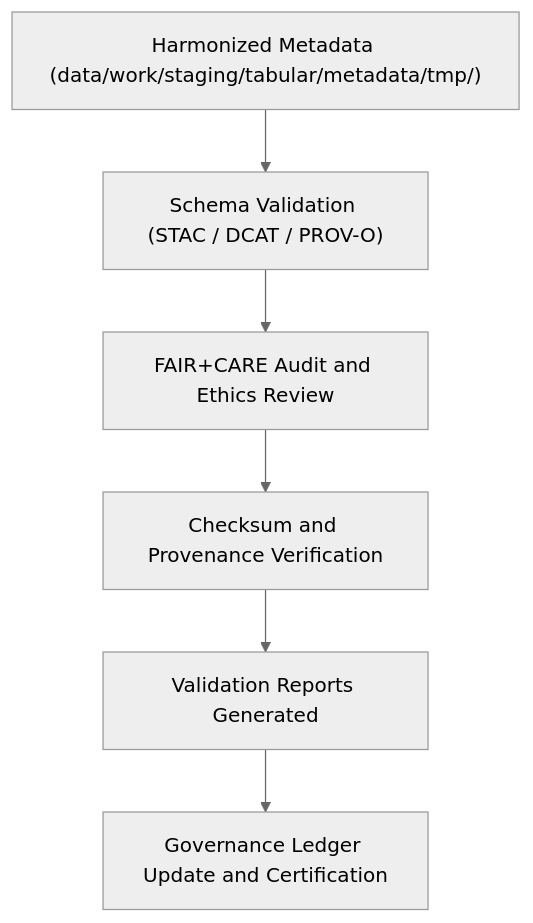
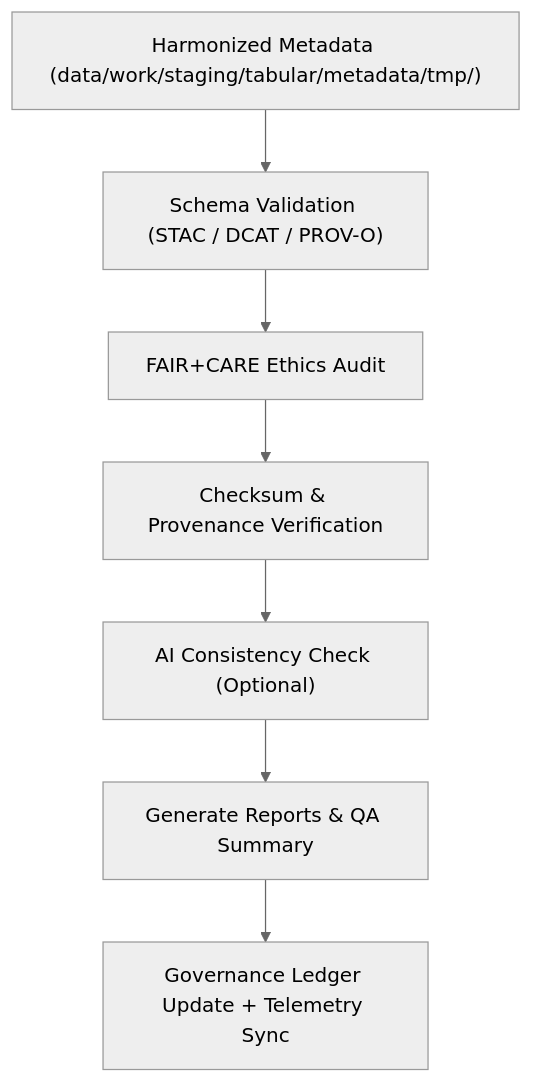
One commit to bartytime4life/Kansas-Frontier-Matrix changed the diagram in data/work/staging/tabular/metadata/validation/README.md. Above: the diagram before and after it, drawn with Mermaid (neutral theme). The commit also changed other lines of this file, not shown here.

````diff
--- a/data/work/staging/tabular/metadata/validation/README.md
+++ b/data/work/staging/tabular/metadata/validation/README.md
@@ -62,8 +69,9 @@
 ```mermaid
 flowchart TD
     A["Harmonized Metadata (data/work/staging/tabular/metadata/tmp/)"] --> B["Schema Validation (STAC / DCAT / PROV-O)"]
-    B --> C["FAIR+CARE Audit and Ethics Review"]
-    C --> D["Checksum and Provenance Verification"]
-    D --> E["Validation Reports Generated"]
-    E --> F["Governance Ledger Update and Certification"]
+    B --> C["FAIR+CARE Ethics Audit"]
+    C --> D["Checksum & Provenance Verification"]
+    D --> E["AI Consistency Check (Optional)"]
+    E --> F["Generate Reports & QA Summary"]
+    F --> G["Governance Ledger Update + Telemetry Sync"]
 ```
````
